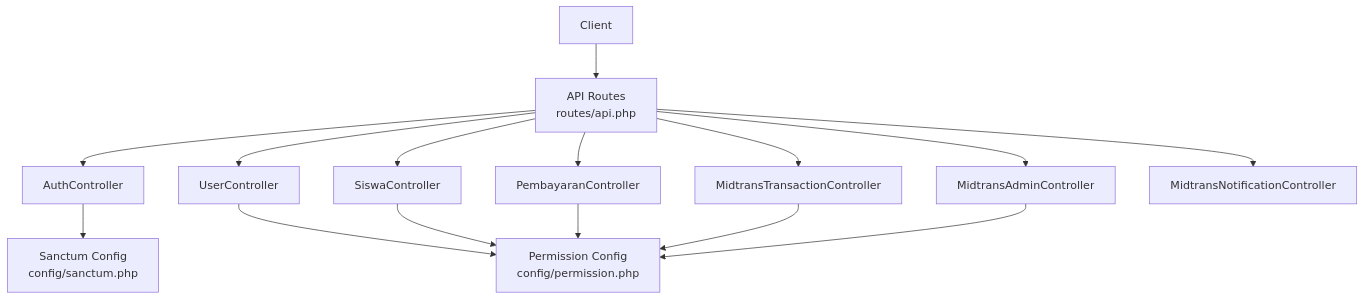
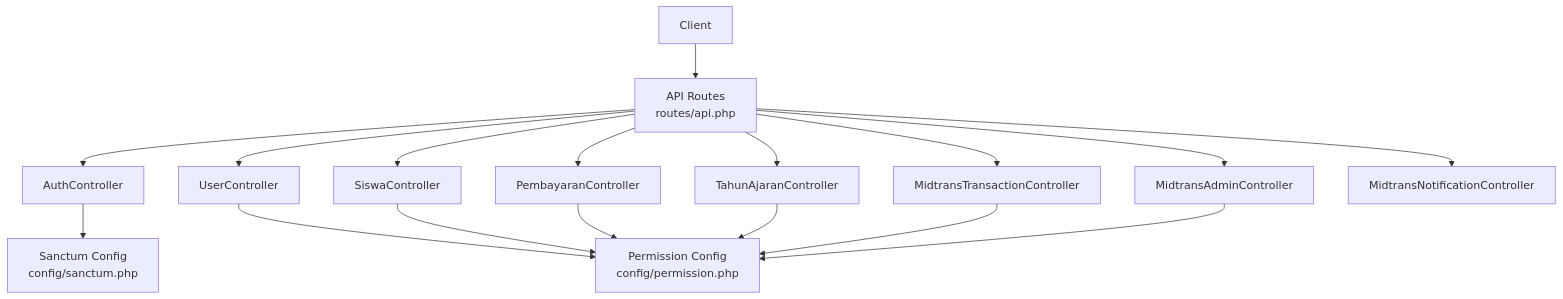
One commit to Fathurrahman-R/Manajemen-Keuangan-dan-SPP-Handayani changed the first of 3 diagrams in .qoder/repowiki/en/content/API Documentation/API Documentation.md. Above: the diagram before and after it, drawn with Mermaid. The commit also changed other lines of this file and 77 other files, not shown here.

````diff
--- a/.qoder/repowiki/en/content/API Documentation/API Documentation.md
+++ b/.qoder/repowiki/en/content/API Documentation/API Documentation.md
@@ -40,17 +49,19 @@
 ```mermaid
 graph TB
 Client["Client"] --> Routes["API Routes<br/>routes/api.php"]
 Routes --> AuthCtrl["AuthController"]
 Routes --> UserCtrl["UserController"]
 Routes --> SiswaCtrl["SiswaController"]
 Routes --> PembayaranCtrl["PembayaranController"]
+Routes --> TahunAjaranCtrl["TahunAjaranController"]
 Routes --> MidtransTx["MidtransTransactionController"]
 Routes --> MidtransAdmin["MidtransAdminController"]
 Routes --> MidtransNotif["MidtransNotificationController"]
 AuthCtrl --> Sanctum["Sanctum Config<br/>config/sanctum.php"]
 UserCtrl --> PermCfg["Permission Config<br/>config/permission.php"]
 SiswaCtrl --> PermCfg
 PembayaranCtrl --> PermCfg
+TahunAjaranCtrl --> PermCfg
 MidtransTx --> PermCfg
 MidtransAdmin --> PermCfg
 ```
````
